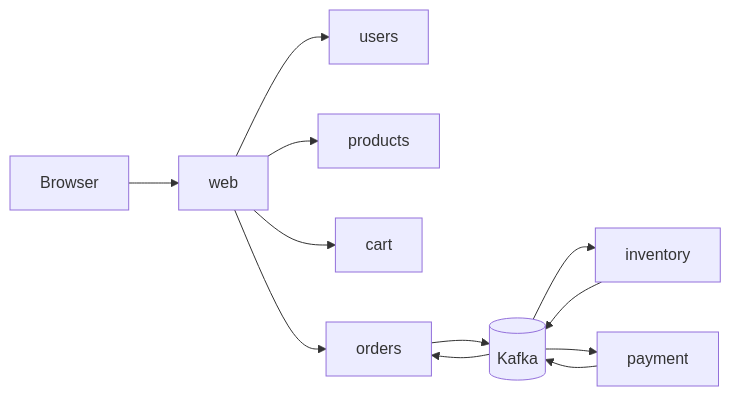
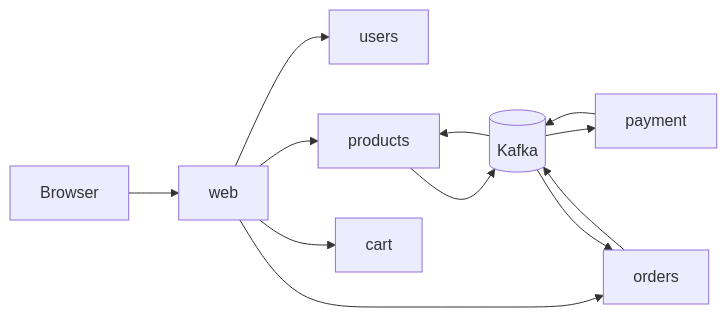
One commit to phuchoang2603/refurbished-marketplace changed the diagram in README.md. Above: the diagram before and after it, drawn with Mermaid. The commit also changed other lines of this file and 80 other files, not shown here.

First line of the commit message:
feat(products): merge inventory into catalog service

````diff
--- a/README.md
+++ b/README.md
@@ -22,14 +22,14 @@
 ```mermaid
 graph LR
   Browser[Browser] --> Web[web]
   Web --> Users[users]
   Web --> Products[products]
   Web --> Cart[cart]
   Web --> Orders[orders]
   Orders --> Kafka[(Kafka)]
-  Kafka --> Inventory[inventory]
+  Kafka --> Products[products]
   Kafka --> Payment[payment]
   Kafka --> Orders
   Payment --> Kafka
-  Inventory --> Kafka
+  Products --> Kafka
 ```
````
